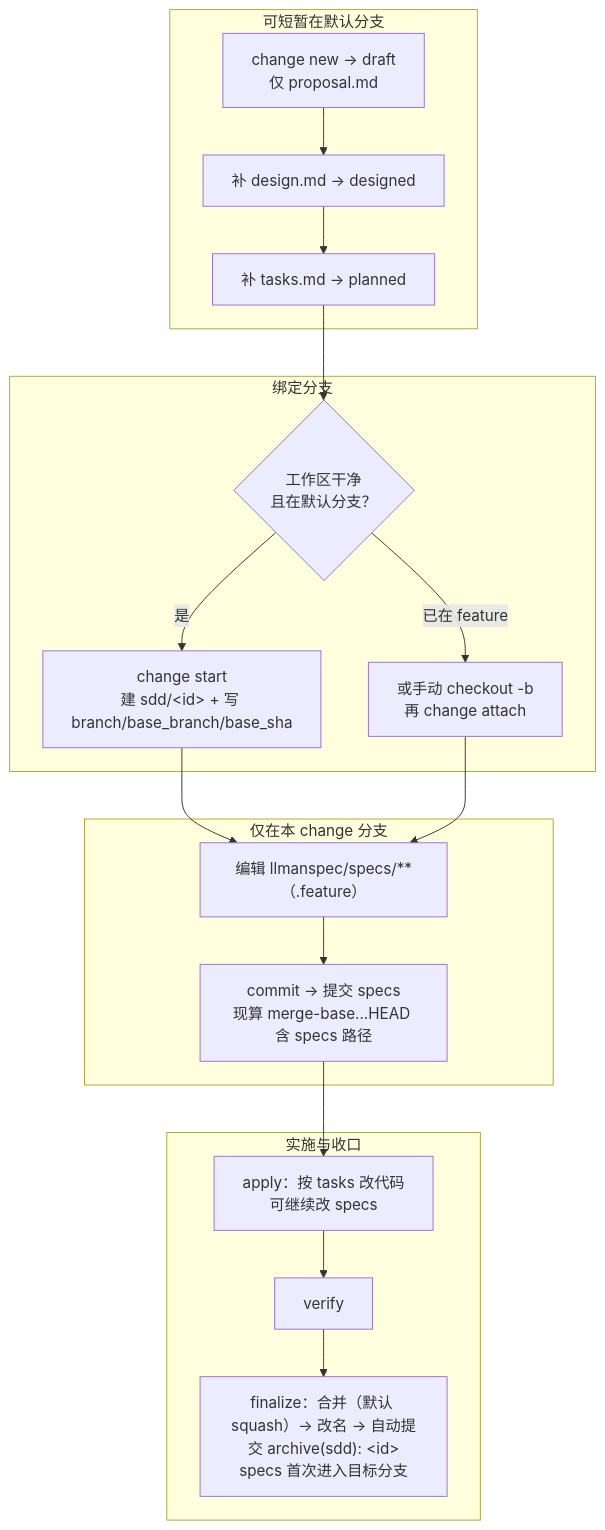
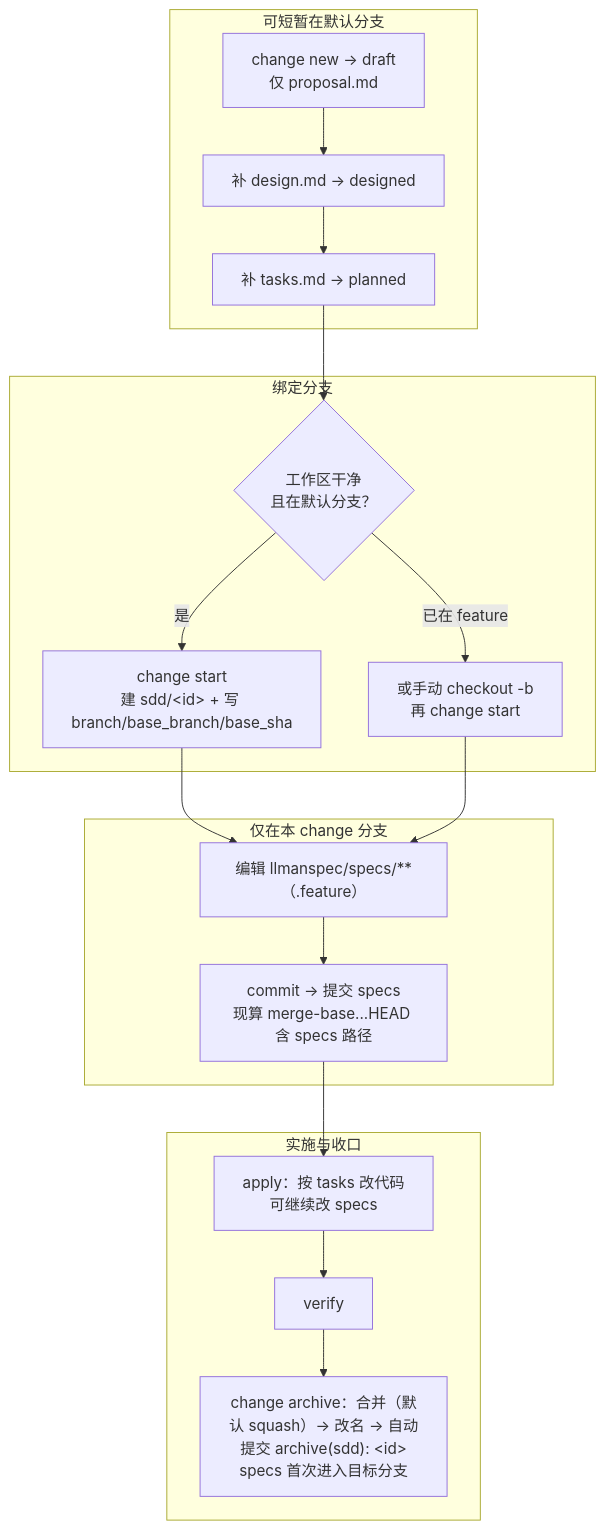
Before and after one commit to StrayDragon/llman-sdd: the first of 2 diagrams in .agents/skills/llman-sdd-apply/SKILL.md, drawn with Mermaid. The commit also changed other lines of this file and 77 other files, not shown here.

Commit message:
archive(sdd): unify-command-surface

````diff
--- a/.agents/skills/llman-sdd-apply/SKILL.md
+++ b/.agents/skills/llman-sdd-apply/SKILL.md
@@ -28,30 +28,30 @@
 ```mermaid
 flowchart TB
   subgraph main_ok["可短暂在默认分支"]
     A["change new → draft<br/>仅 proposal.md"]
     B1["补 design.md → designed"]
     B2["补 tasks.md → planned"]
   end
 
   subgraph bind["绑定分支"]
     C{"工作区干净<br/>且在默认分支？"}
     D["change start<br/>建 sdd/&lt;id&gt; + 写 branch/base_branch/base_sha"]
-    E["或手动 checkout -b<br/>再 change attach"]
+    E["或手动 checkout -b<br/>再 change start"]
   end
 
   subgraph specs_only["仅在本 change 分支"]
     F["编辑 llmanspec/specs/**（.feature）"]
     G["commit → 提交 specs<br/>现算 merge-base...HEAD 含 specs 路径"]
   end
 
   subgraph implement["实施与收口"]
     H["apply：按 tasks 改代码<br/>可继续改 specs"]
     I["verify"]
-    J["finalize：合并（默认 squash）→ 改名 → 自动提交 archive(sdd): &lt;id&gt;<br/>specs 首次进入目标分支"]
+    J["change archive：合并（默认 squash）→ 改名 → 自动提交 archive(sdd): &lt;id&gt;<br/>specs 首次进入目标分支"]
   end
 
   A --> B1 --> B2 --> C
   C -->|是| D --> F
   C -->|已在 feature| E --> F
   F --> G --> H --> I --> J
 ```
````
